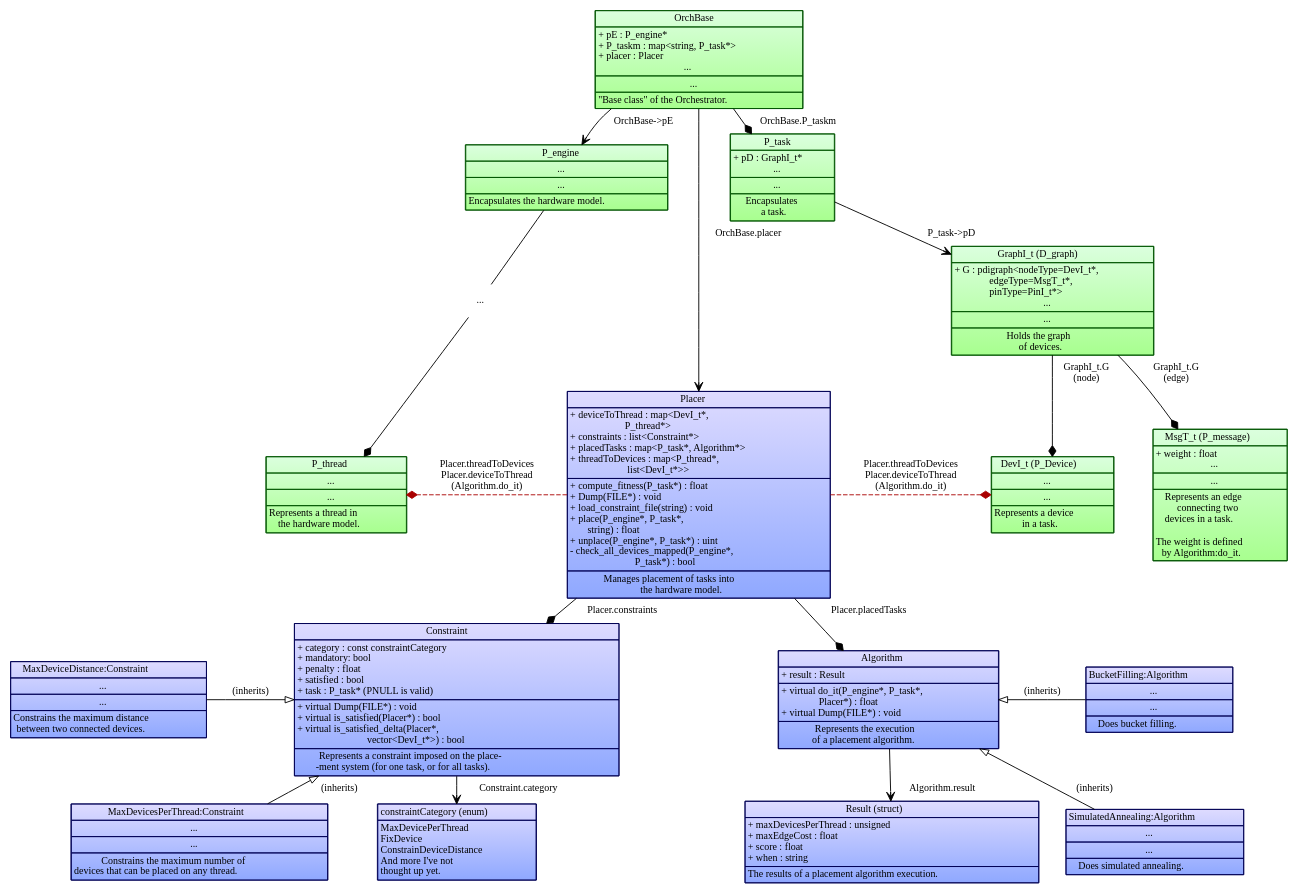
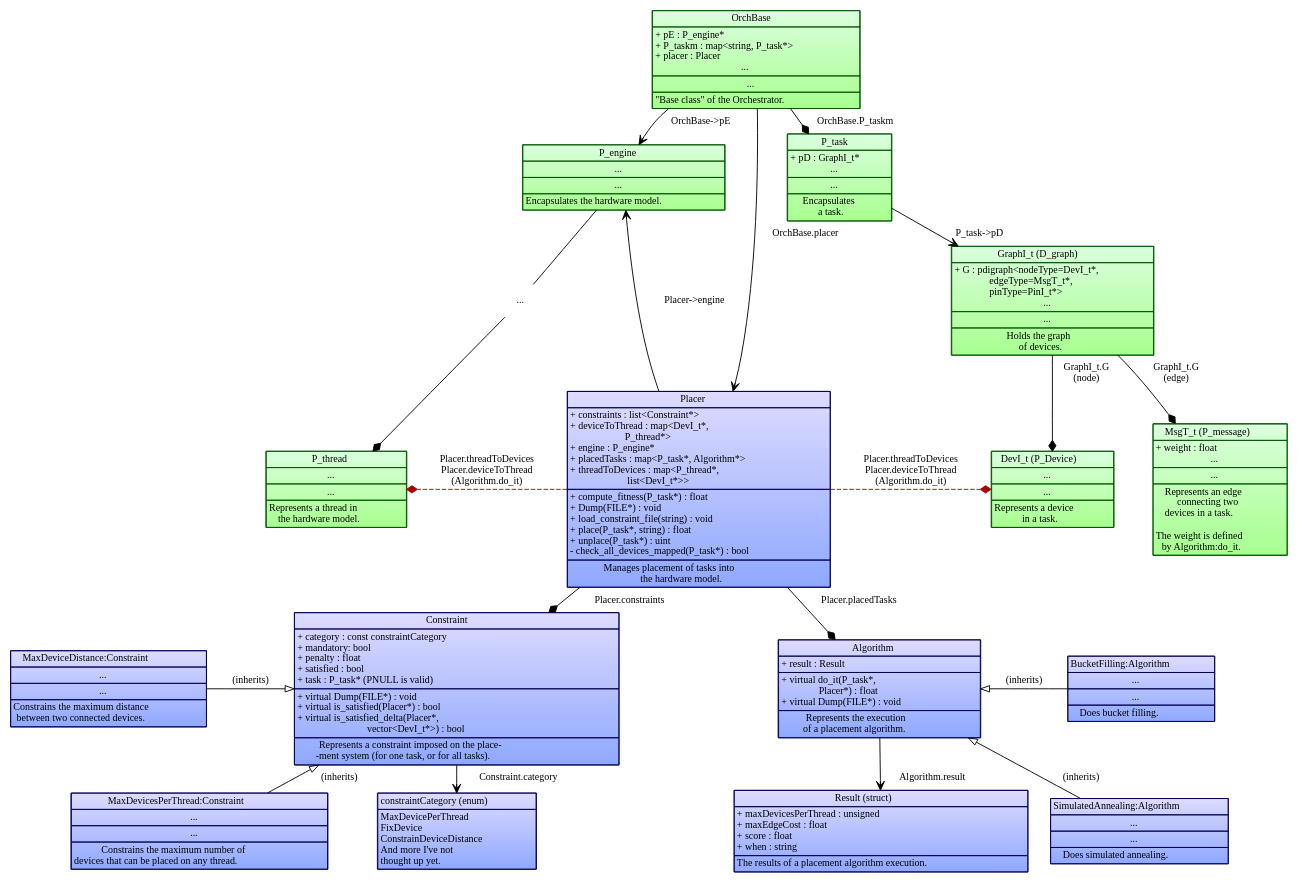
The diagram in images/source/placement_design_data_structure.dot (POETSII/orchestrator-documentation), drawn with Graphviz before and after one commit. The commit also changed 1 other file, not shown here.

Commit message:
Give placer an engine pointer again.

```diff
--- a/images/source/placement_design_data_structure.dot
+++ b/images/source/placement_design_data_structure.dot
@@ -123,9 +123,10 @@
     Placer[label=<<TABLE BORDER="0" CELLBORDER="1" CELLSPACING="0">
 <TR><TD>Placer</TD></TR>
 <TR><TD ALIGN="LEFT">
++ constraints : list&lt;Constraint*&gt;<BR ALIGN="LEFT"/>
 + deviceToThread : map&lt;DevI_t*,<BR ALIGN="LEFT"/>
                        P_thread*&gt;<BR ALIGN="LEFT"/>
-+ constraints : list&lt;Constraint*&gt;<BR ALIGN="LEFT"/>
++ engine : P_engine*<BR ALIGN="LEFT"/>
 + placedTasks : map&lt;P_task*, Algorithm*&gt;<BR ALIGN="LEFT"/>
 + threadToDevices : map&lt;P_thread*,<BR ALIGN="LEFT"/>
                         list&lt;DevI_t*&gt;&gt;<BR ALIGN="LEFT"/>
@@ -134,11 +135,9 @@
 + compute_fitness(P_task*) : float<BR ALIGN="LEFT"/>
 + Dump(FILE*) : void<BR ALIGN="LEFT"/>
 + load_constraint_file(string) : void<BR ALIGN="LEFT"/>
-+ place(P_engine*, P_task*,<BR ALIGN="LEFT"/>
-        string) : float<BR ALIGN="LEFT"/>
-+ unplace(P_engine*, P_task*) : uint<BR ALIGN="LEFT"/>
-- check_all_devices_mapped(P_engine*,<BR ALIGN="LEFT"/>
-                           P_task*) : bool<BR ALIGN="LEFT"/>
++ place(P_task*, string) : float<BR ALIGN="LEFT"/>
++ unplace(P_task*) : uint<BR ALIGN="LEFT"/>
+- check_all_devices_mapped(P_task*) : bool<BR ALIGN="LEFT"/>
 </TD></TR>
 <TR><TD ALIGN="TEXT">
 Manages placement of tasks into<BR ALIGN="TEXT"/>
@@ -210,7 +209,7 @@
 + result : Result<BR ALIGN="LEFT"/>
 </TD></TR>
 <TR><TD ALIGN="LEFT">
-+ virtual do_it(P_engine*, P_task*,<BR ALIGN="LEFT"/>
++ virtual do_it(P_task*,<BR ALIGN="LEFT"/>
                 Placer*) : float<BR ALIGN="LEFT"/>
 + virtual Dump(FILE*) : void<BR ALIGN="LEFT"/>
 </TD></TR>
@@ -267,6 +266,7 @@
         Algorithm -> Result[label=" Algorithm.result"];
         OrchBase -> P_engine[label=" OrchBase->pE"];
         P_task -> GraphI_t[label=" P_task->pD"];
+        Placer -> P_engine[label=" Placer->engine"];
     }
 
     /* Containment across ellipsis nodes. */
```
